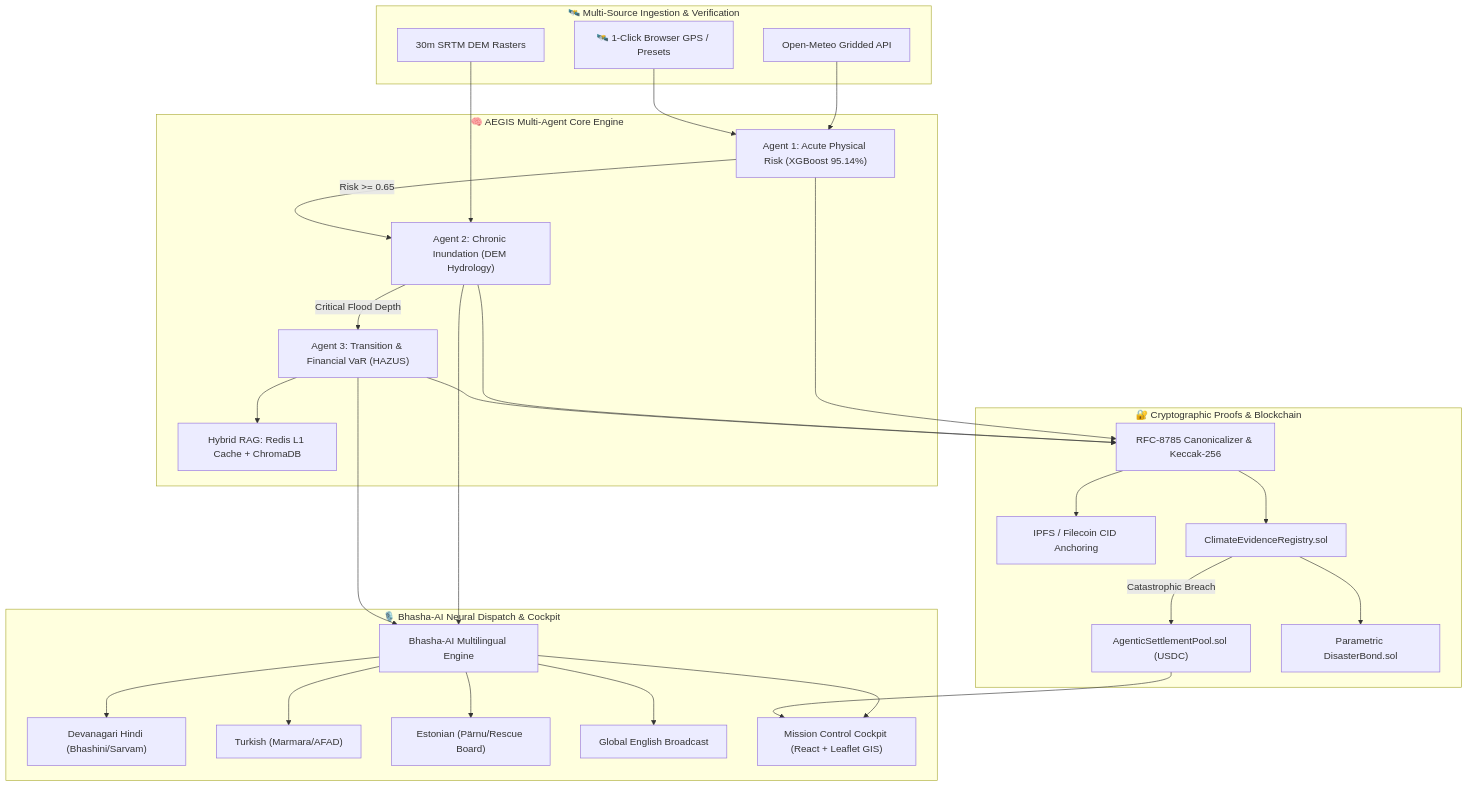
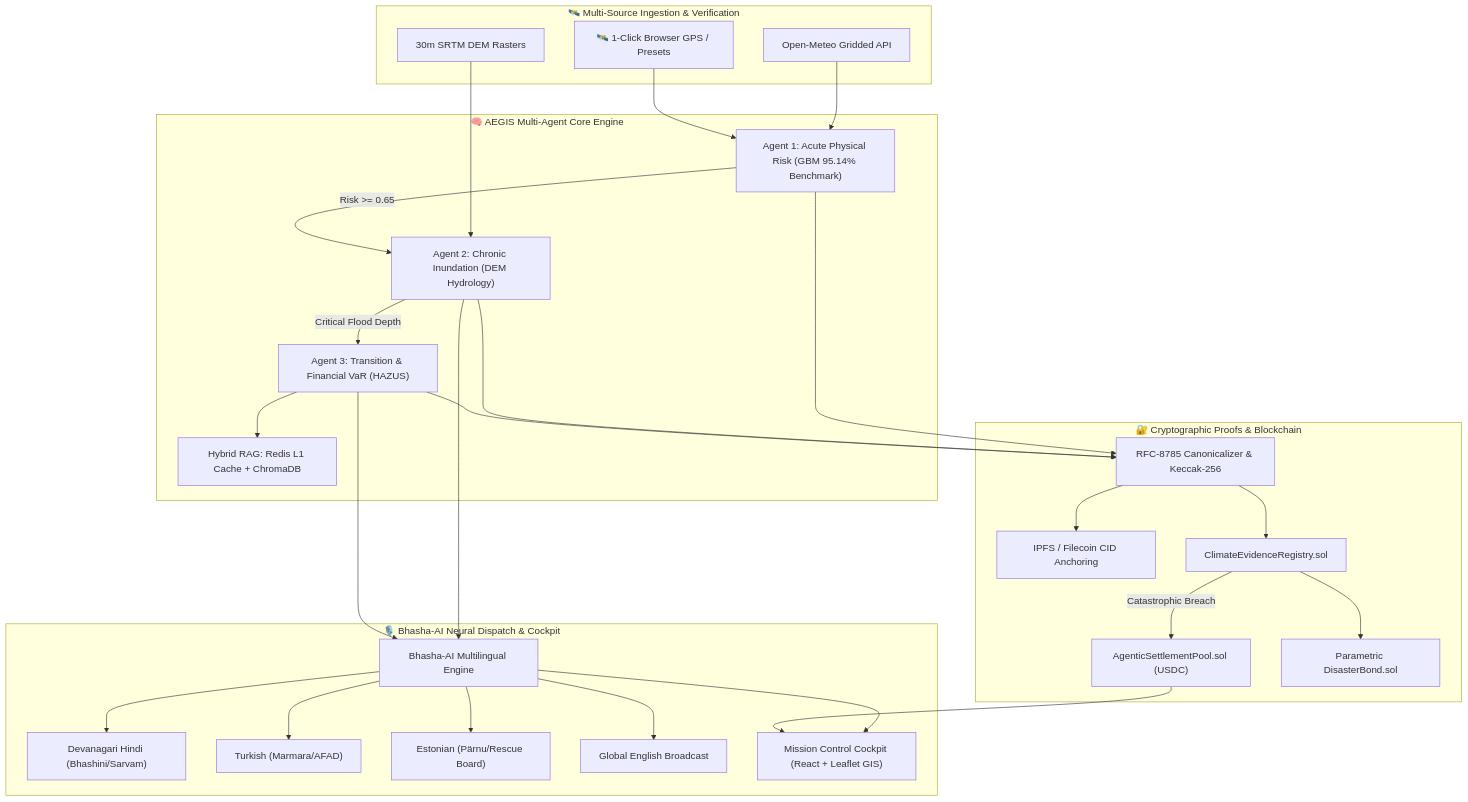
Before and after one commit to Niss54/AEGIS: the diagram in IEEE_SUBMISSION_DOSSIER.md, drawn with Mermaid. The commit also changed other lines of this file and 5 other files, not shown here.

Commit message:
docs(ml): scientifically qualify 95.14% benchmark accuracy and real-world physical constraints

````diff
--- a/IEEE_SUBMISSION_DOSSIER.md
+++ b/IEEE_SUBMISSION_DOSSIER.md
@@ -43,50 +43,50 @@
 ```mermaid
 flowchart TD
     subgraph SENSORS["🛰️ Multi-Source Ingestion & Verification"]
         OM["Open-Meteo Gridded API"]
         SRTM["30m SRTM DEM Rasters"]
         GPS["🛰️ 1-Click Browser GPS / Presets"]
     end
 
     subgraph CORE["🧠 AEGIS Multi-Agent Core Engine"]
-        A1["Agent 1: Acute Physical Risk (XGBoost 95.14%)"]
+        A1["Agent 1: Acute Physical Risk (GBM 95.14% Benchmark)"]
         A2["Agent 2: Chronic Inundation (DEM Hydrology)"]
         A3["Agent 3: Transition & Financial VaR (HAZUS)"]
         RAG["Hybrid RAG: Redis L1 Cache + ChromaDB"]
     end
 
     subgraph CRYPTO["🔐 Cryptographic Proofs & Blockchain"]
         CANON["RFC-8785 Canonicalizer & Keccak-256"]
         IPFS["IPFS / Filecoin CID Anchoring"]
         REGISTRY["ClimateEvidenceRegistry.sol"]
         SETTLE["AgenticSettlementPool.sol (USDC)"]
         BOND["Parametric DisasterBond.sol"]
     end
 
     subgraph DISPATCH["🎙️ Bhasha-AI Neural Dispatch & Cockpit"]
         BHASHA["Bhasha-AI Multilingual Engine"]
         HINDI["Devanagari Hindi (Bhashini/Sarvam)"]
         TURK["Turkish (Marmara/AFAD)"]
         EST["Estonian (Pärnu/Rescue Board)"]
         ENG["Global English Broadcast"]
         UI["Mission Control Cockpit (React + Leaflet GIS)"]
     end
 
     OM --> A1
     SRTM --> A2
     GPS --> A1
 
     A1 -->|Risk >= 0.65| A2
     A2 -->|Critical Flood Depth| A3
     A3 --> RAG
 
     A1 & A2 & A3 --> CANON
     CANON --> IPFS
     CANON --> REGISTRY
     REGISTRY -->|Catastrophic Breach| SETTLE
     REGISTRY --> BOND
 
     A2 & A3 --> BHASHA
     BHASHA --> HINDI & TURK & EST & ENG
     BHASHA & SETTLE --> UI
 ```
````
